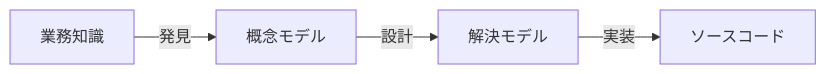
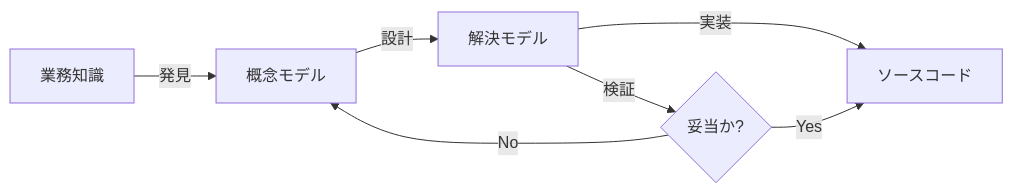
One commit to daidaiiro-519/has-udd changed the fifth of 7 diagrams in .claude/skills/mermaid-guide/references/pattern-flowchart.md. Above: the diagram before and after it, drawn with Mermaid. The commit also changed other lines of this file and 26 other files, not shown here.

````diff
--- a/.claude/skills/mermaid-guide/references/pattern-flowchart.md
+++ b/.claude/skills/mermaid-guide/references/pattern-flowchart.md
@@ -69,6 +350,9 @@
 ```mermaid
 flowchart LR
     BK[業務知識] -->|発見| KM[概念モデル]
     KM -->|設計| RM[解決モデル]
     RM -->|実装| SC[ソースコード]
+    RM -->|検証| D{妥当か?}
+    D -->|Yes| SC
+    D -->|No| KM
 ```
````
